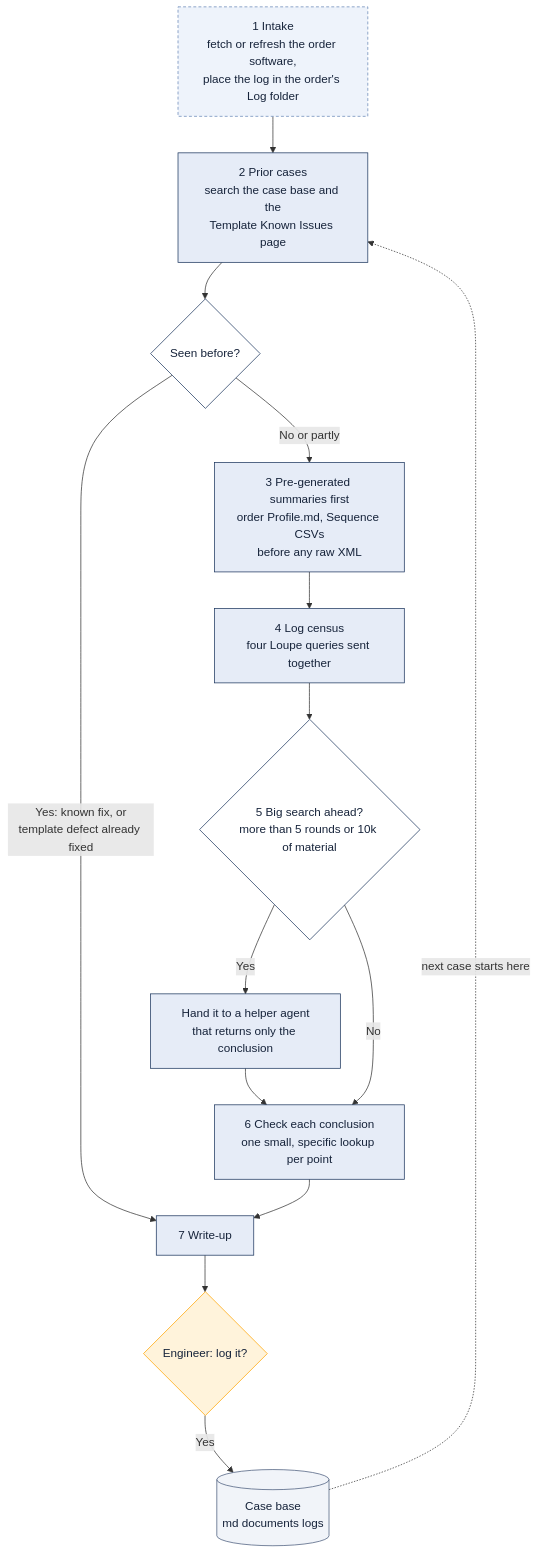
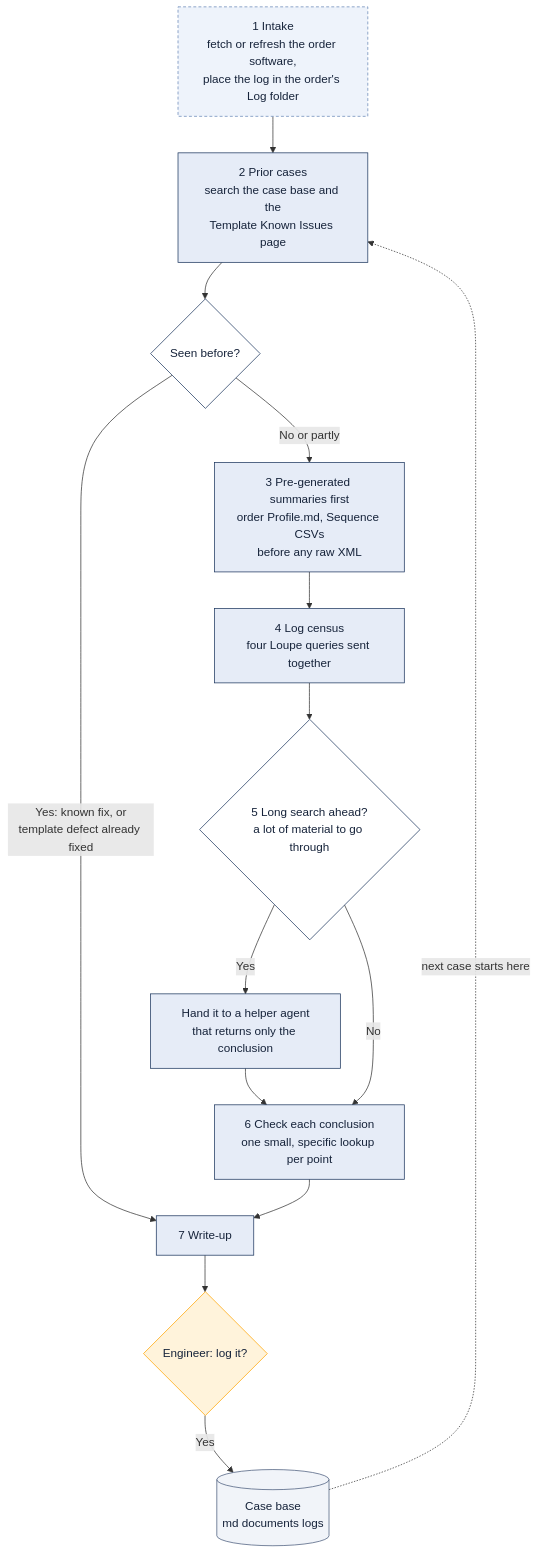
The diagram in Rollout/Flowcharts/01-investigation-spine.md (SkalarJoostE/Robotics-Private), drawn with Mermaid before and after one commit. The commit also changed other lines of this file and 19 other files, not shown here.

````diff
--- a/Rollout/Flowcharts/01-investigation-spine.md
+++ b/Rollout/Flowcharts/01-investigation-spine.md
@@ -7,29 +7,29 @@
 ```mermaid
 flowchart TD
     S1[1 Intake<br/>fetch or refresh the order software,<br/>place the log in the order's Log folder]:::script
     S2[2 Prior cases<br/>search the case base and the<br/>Template Known Issues page]:::ai
     S2D{Seen before?}:::decision
     S3[3 Pre-generated summaries first<br/>order Profile.md, Sequence CSVs<br/>before any raw XML]:::ai
     S4[4 Log census<br/>four Loupe queries sent together]:::ai
-    S5{5 Big search ahead?<br/>more than 5 rounds or 10k of material}:::decision
+    S5{5 Long search ahead?<br/>a lot of material to go through}:::decision
     SUB[Hand it to a helper agent<br/>that returns only the conclusion]:::ai
     S6[6 Check each conclusion<br/>one small, specific lookup per point]:::ai
     S7[7 Write-up]:::ai
     LOGQ{Engineer: log it?}:::human
     CB[(Case base<br/>md documents logs)]:::store
 
     S1 --> S2 --> S2D
     S2D -->|"Yes: known fix, or<br/>template defect already fixed"| S7
     S2D -->|"No or partly"| S3 --> S4 --> S5
     S5 -->|Yes| SUB --> S6
     S5 -->|No| S6
     S6 --> S7 --> LOGQ
     LOGQ -->|Yes| CB
     CB -.->|next case starts here| S2
 
     classDef ai fill:#e6ecf7,stroke:#1b355d,color:#16233a
     classDef script fill:#eef3fb,stroke:#6686b7,color:#16233a,stroke-dasharray:4 3
     classDef decision fill:#ffffff,stroke:#1b355d,color:#16233a
     classDef human fill:#fff3db,stroke:#ffa400,color:#16233a
     classDef store fill:#f1f4f9,stroke:#47597a,color:#16233a
 ```
````
